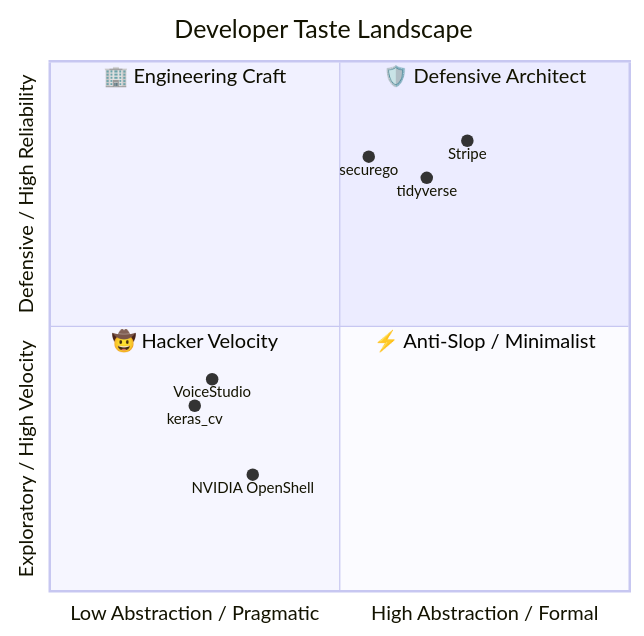
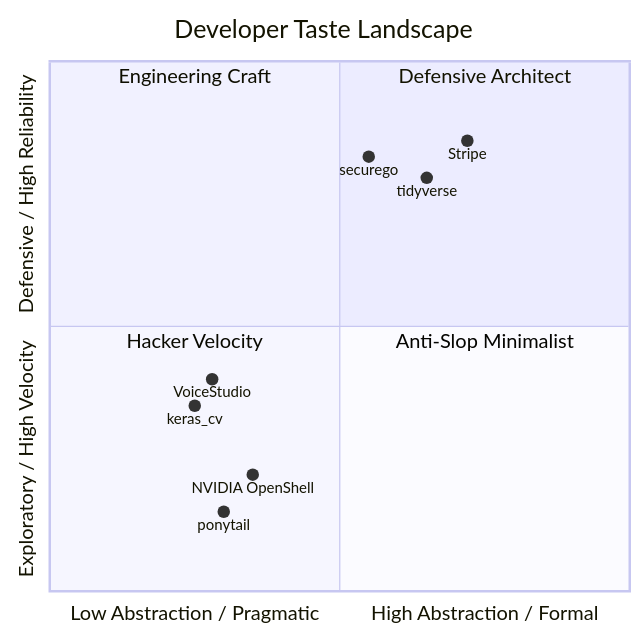
Before and after one commit to joe1chief/taste-your-taste: the second of 2 diagrams in README.md, drawn with Mermaid. The commit also changed other lines of this file and 9 other files, not shown here.

````diff
--- a/README.md
+++ b/README.md
@@ -175,16 +176,17 @@
 ```mermaid
 quadrantChart
     title Developer Taste Landscape
     x-axis "Low Abstraction / Pragmatic" --> "High Abstraction / Formal"
     y-axis "Exploratory / High Velocity" --> "Defensive / High Reliability"
-    quadrant-1 "🛡️ Defensive Architect"
-    quadrant-2 "🏢 Engineering Craft"
-    quadrant-3 "🤠 Hacker Velocity"
-    quadrant-4 "⚡ Anti-Slop / Minimalist"
+    quadrant-1 "Defensive Architect"
+    quadrant-2 "Engineering Craft"
+    quadrant-3 "Hacker Velocity"
+    quadrant-4 "Anti-Slop Minimalist"
     "tidyverse": [0.65, 0.78]
     "Stripe": [0.72, 0.85]
     "securego": [0.55, 0.82]
     "keras_cv": [0.25, 0.35]
     "NVIDIA OpenShell": [0.35, 0.22]
     "VoiceStudio": [0.28, 0.40]
+    "ponytail": [0.30, 0.15]
 ```
````
